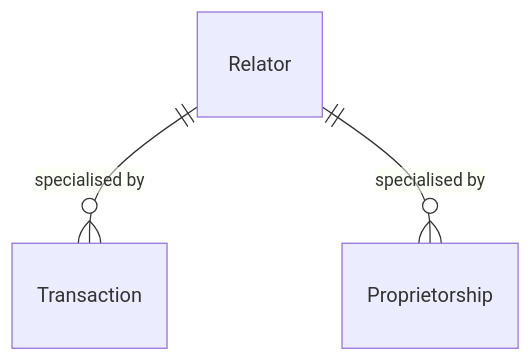
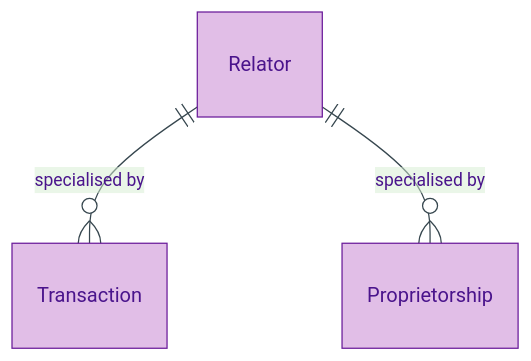
Before and after one commit to sparkling/opda: the diagram in docs/manual/logical/foundation/relator.md, drawn with Mermaid. The commit also changed other lines of this file and 179 other files, not shown here.

First line of the commit message:
docs(manual): Logical-tier diagram expansion via /diagramming skill

````diff
--- a/docs/manual/logical/foundation/relator.md
+++ b/docs/manual/logical/foundation/relator.md
@@ -35,5 +40,9 @@
 ```mermaid
+%%{init: {"theme": "base", "themeVariables": {"primaryColor": "#E1BEE7", "primaryTextColor": "#4A148C", "primaryBorderColor": "#6A1B9A", "lineColor": "#37474F"}}}%%
 erDiagram
+    accTitle: Relator — Entity-Relationship Diagram
+    accDescr: UFO Relator meta-class — specialised by concrete Relators Transaction and Proprietorship.
+
     Relator ||--o{ Transaction : "specialised by"
     Relator ||--o{ Proprietorship : "specialised by"
 ```
````
